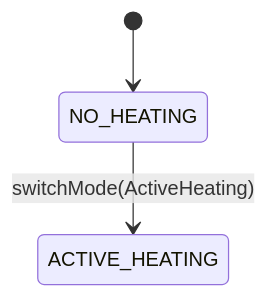
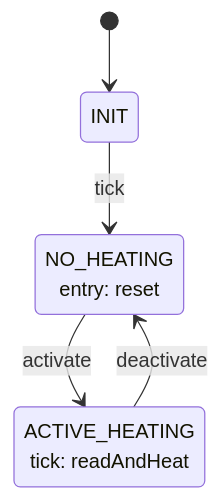
One commit to UWCubeSat/hs2-software-design changed the diagram in docs/Thermal/ThermalApplication.md. Above: the diagram before and after it, drawn with Mermaid. The commit also changed other lines of this file and 14 other files, not shown here.

Commit message:
docs: resolve diagram and naming conflicts

````diff
--- a/docs/Thermal/ThermalApplication.md
+++ b/docs/Thermal/ThermalApplication.md
@@ -96,5 +75,15 @@
 ```mermaid
 stateDiagram-v2
-    [*] --> NO_HEATING
-    NO_HEATING --> ACTIVE_HEATING: switchMode(ActiveHeating)
+  state "NO_HEATING
+    entry: reset
+  " as NO_HEATING
+
+  state "ACTIVE_HEATING
+    tick: readAndHeat
+  " as ACTIVE_HEATING
+
+  [*] --> INIT
+  INIT --> NO_HEATING: tick
+  NO_HEATING --> ACTIVE_HEATING: activate
+  ACTIVE_HEATING --> NO_HEATING: deactivate
 ```
````
